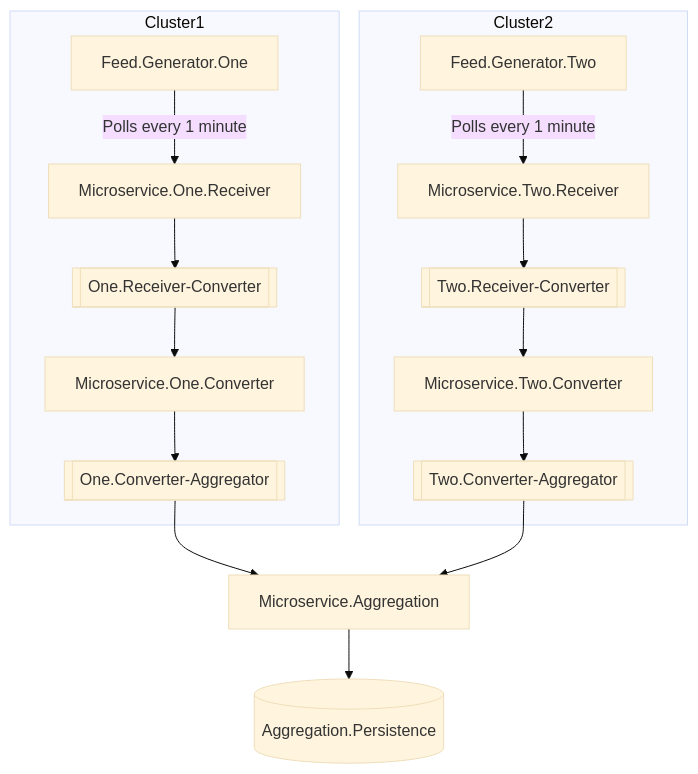
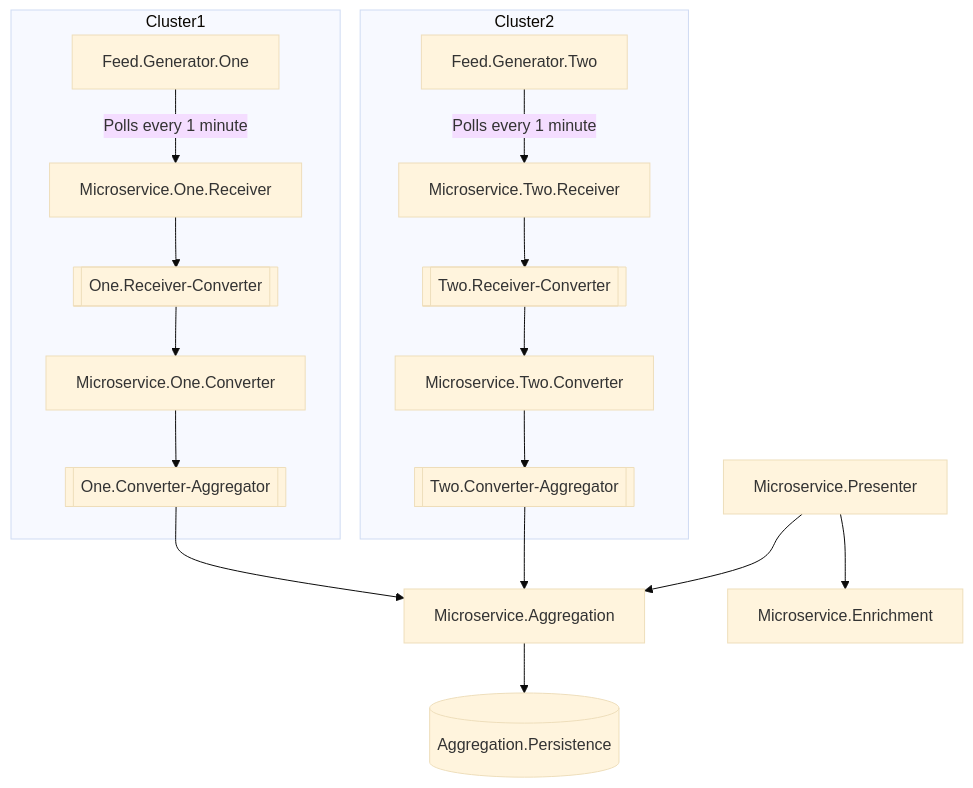
The first of 3 diagrams in README.md (mak100186/mircroservices.observability), drawn with Mermaid (base theme) before and after one commit. The commit also changed other lines of this file and 24 other files, not shown here.

````diff
--- a/README.md
+++ b/README.md
@@ -4,33 +37,38 @@
 ```mermaid
 graph TD
     subgraph Cluster1
         A[Feed.Generator.One]
         B[Microservice.One.Receiver]
         T1[[One.Receiver-Converter]]
         C[Microservice.One.Converter]
         T3[[One.Converter-Aggregator]]
     end
 
     subgraph Cluster2
         D[Feed.Generator.Two]
         E[Microservice.Two.Receiver]
         T2[[Two.Receiver-Converter]]
         F[Microservice.Two.Converter]
         T4[[Two.Converter-Aggregator]]
     end
 
     G[Microservice.Aggregation]
     DB[(Aggregation.Persistence)]
+    H[Microservice.Enrichment]
+    I[Microservice.Presenter]
 
     A -- Polls every 1 minute --> B
     B --> T1
     T1 --> C
     C --> T3
     D -- Polls every 1 minute --> E
     E --> T2
     T2 --> F
     F --> T4
     T3 --> G
     T4 --> G
     G --> DB
+    I --> G
+    I --> H
+
 ```
````
